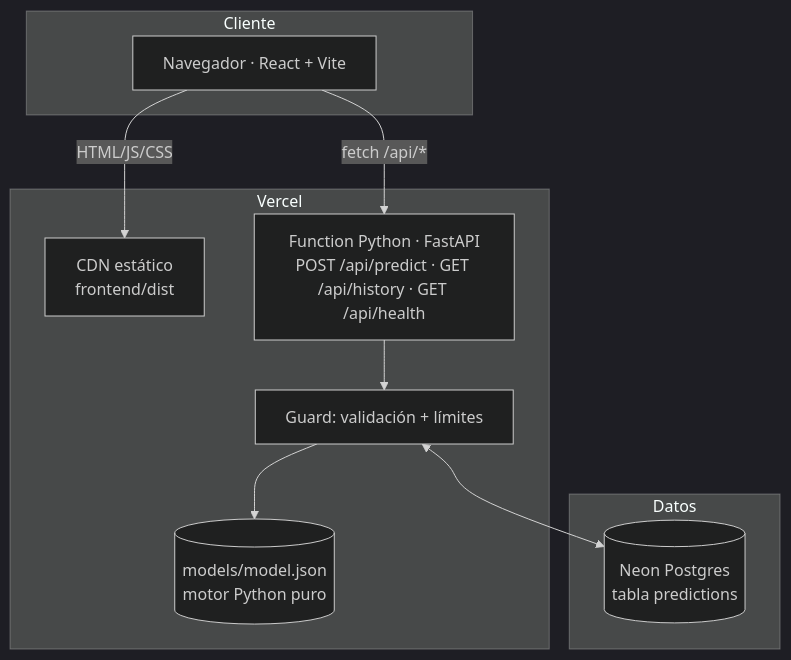
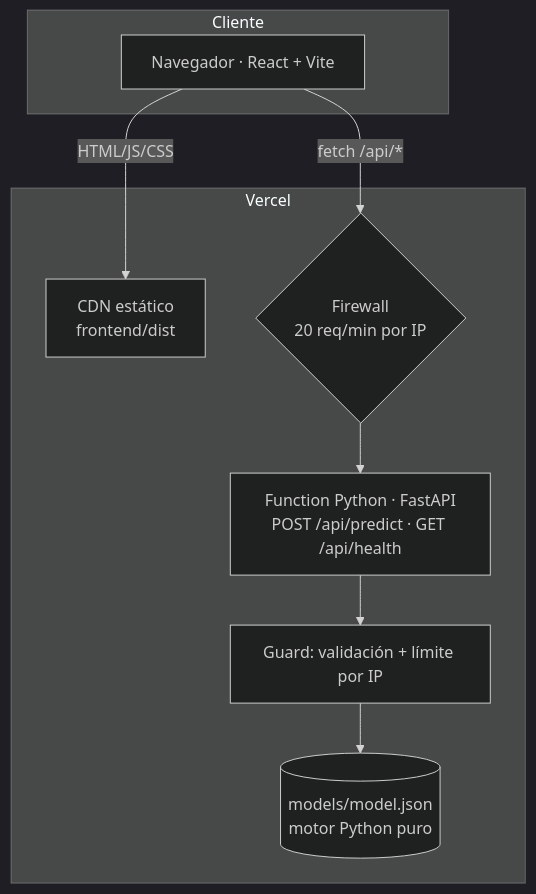
One commit to rodri-iot/FIUBA-IoT_Machine-Learning changed the diagram in docs/architecture.md. Above: the diagram before and after it, drawn with Mermaid (dark theme). The commit also changed other lines of this file and 10 other files, not shown here.

First line of the commit message:
Simplificar: quitar Neon, el historial y todo el código de base de datos

````diff
--- a/docs/architecture.md
+++ b/docs/architecture.md
@@ -5,19 +5,16 @@
 ```mermaid
 flowchart TB
     subgraph Cliente
       B[Navegador · React + Vite]
     end
     subgraph Vercel
       CDN[CDN estático<br/>frontend/dist]
-      FN[Function Python · FastAPI<br/>POST /api/predict · GET /api/history · GET /api/health]
-      G[Guard: validación + límites]
+      FW{Firewall<br/>20 req/min por IP}
+      FN[Function Python · FastAPI<br/>POST /api/predict · GET /api/health]
+      G[Guard: validación + límite por IP]
       MD[(models/model.json<br/>motor Python puro)]
     end
-    subgraph Datos
-      PG[(Neon Postgres<br/>tabla predictions)]
-    end
     B -->|HTML/JS/CSS| CDN
-    B -->|fetch /api/*| FN
+    B -->|fetch /api/*| FW --> FN
     FN --> G --> MD
-    G <--> PG
 ```
````
